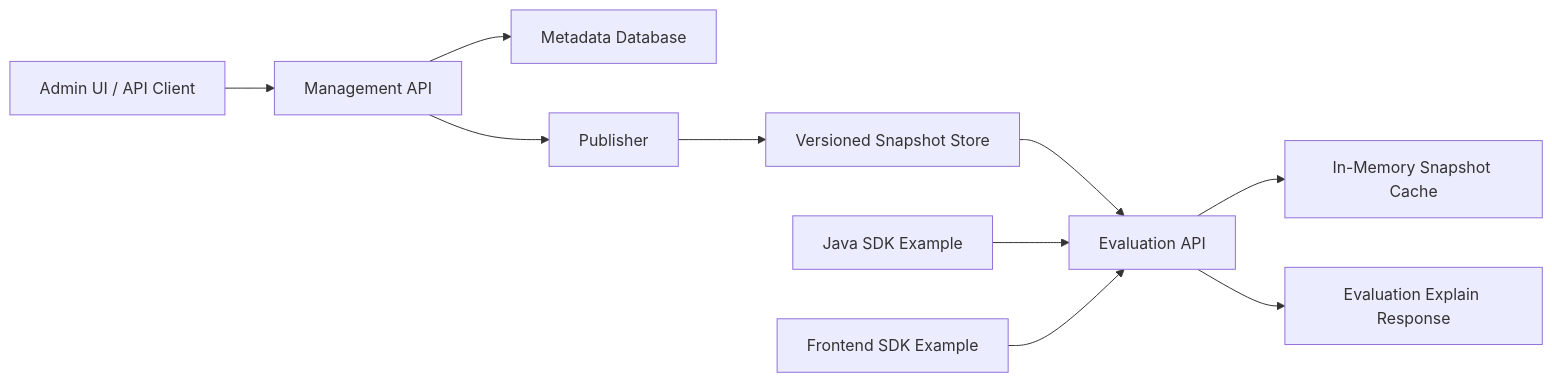
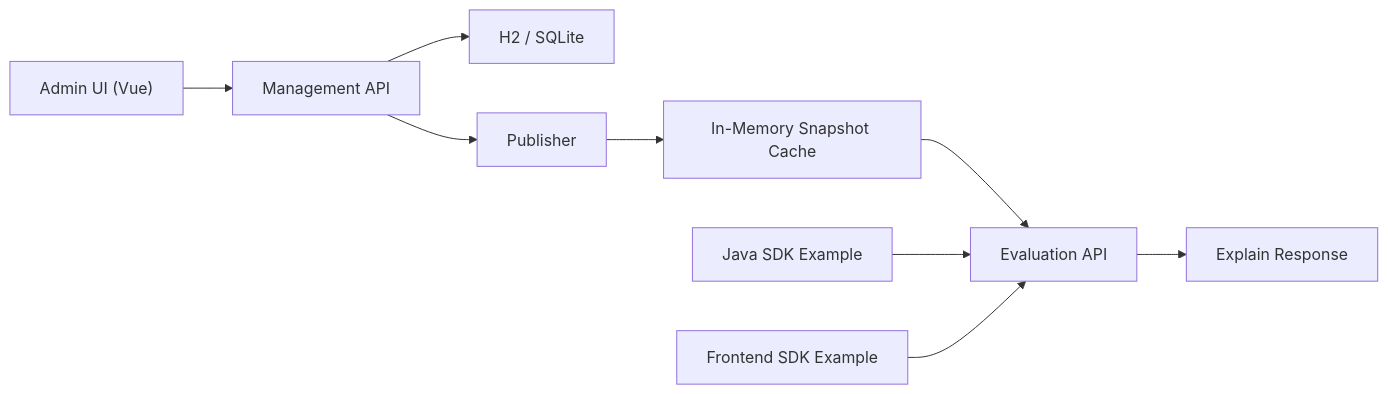
The second of 2 diagrams in feature-management-service-design.md (ikukei/interview-question-202605), drawn with Mermaid before and after one commit. The commit also changed other lines of this file and 10 other files, not shown here.

Commit message:
update architecture， submit chinese design， chinese architecture, english ppt

````diff
--- a/feature-management-service-design.md
+++ b/feature-management-service-design.md
@@ -40,12 +93,11 @@
 ```mermaid
 flowchart LR
-    A["Admin UI / API Client"] --> B["Management API"]
-    B --> C["Metadata Database"]
+    A["Admin UI (Vue)"] --> B["Management API"]
+    B --> C["H2 / SQLite"]
     B --> D["Publisher"]
-    D --> E["Versioned Snapshot Store"]
+    D --> E["In-Memory Snapshot Cache"]
     E --> F["Evaluation API"]
-    F --> G["In-Memory Snapshot Cache"]
+    F --> G["Explain Response"]
     H["Java SDK Example"] --> F
     I["Frontend SDK Example"] --> F
-    F --> J["Evaluation Explain Response"]
 ```
````
